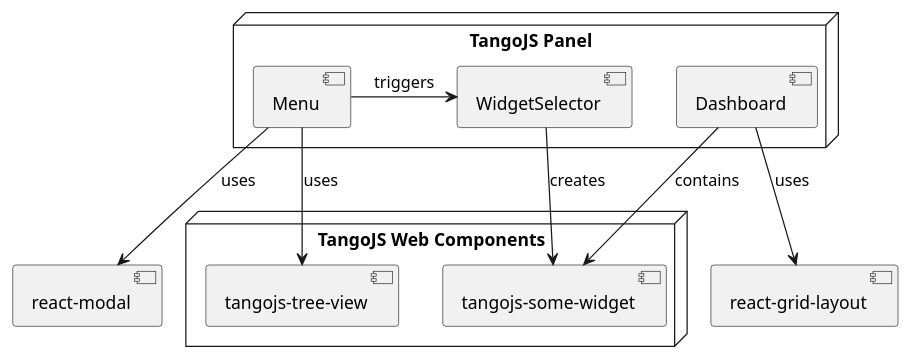
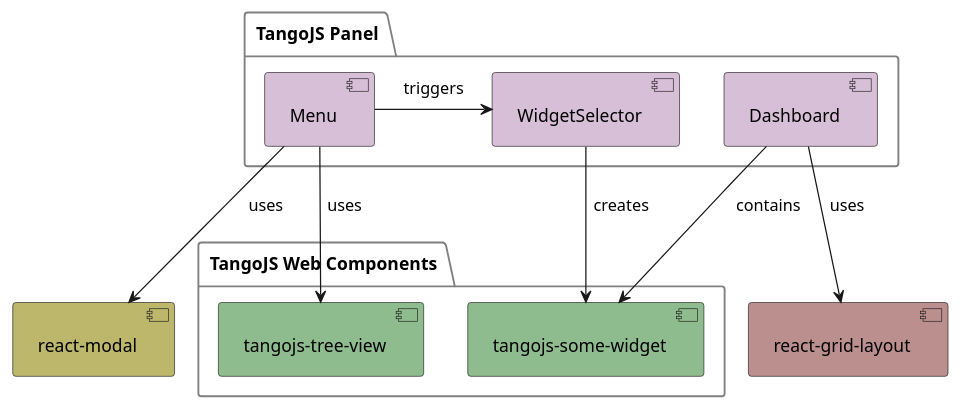
The diagram in papers/case-study/figures/uml-source/03-tangojs-panel-architecture.pu (mliszcz/msc-thesis), drawn with PlantUML before and after one commit. The commit also changed 4 other files, not shown here.

Commit message:
[case-study] plantuml diagrams improvement

```diff
--- a/papers/case-study/figures/uml-source/03-tangojs-panel-architecture.pu
+++ b/papers/case-study/figures/uml-source/03-tangojs-panel-architecture.pu
@@ -1,33 +1,36 @@
 @startuml
 
 top to bottom direction
 
-node "TangoJS Panel" {
+skinparam packageBorderColor Gray
+skinparam Padding 5
 
-  component Dashboard as DB
-  component WidgetSelector as WS
-  component Menu as MENU
+package "TangoJS Panel" {
+
+  component Dashboard as DB #Thistle
+  component WidgetSelector as WS #Thistle
+  component Menu as MENU #Thistle
 }
 
-node "TangoJS Web Components" {
+package "TangoJS Web Components" {
 
-  component "tangojs-tree-view" as TREE
-  component "tangojs-some-widget" as WIDGETS
+  component "tangojs-tree-view" as TREE #DarkSeaGreen
+  component "tangojs-some-widget" as WIDGETS #DarkSeaGreen
 }
 
-component "react-grid-layout" as RGL
-component "react-modal" as MODAL
+component "react-grid-layout" as RGL #RosyBrown
+component "react-modal" as MODAL #DarkKhaki
 
 DB --> RGL : uses
 
 DB --> WIDGETS : contains
 
 WS --> WIDGETS : creates
 
 MENU --> MODAL : uses
 
 MENU --> TREE : uses
 
 MENU -> WS : triggers
 
 @enduml
```
